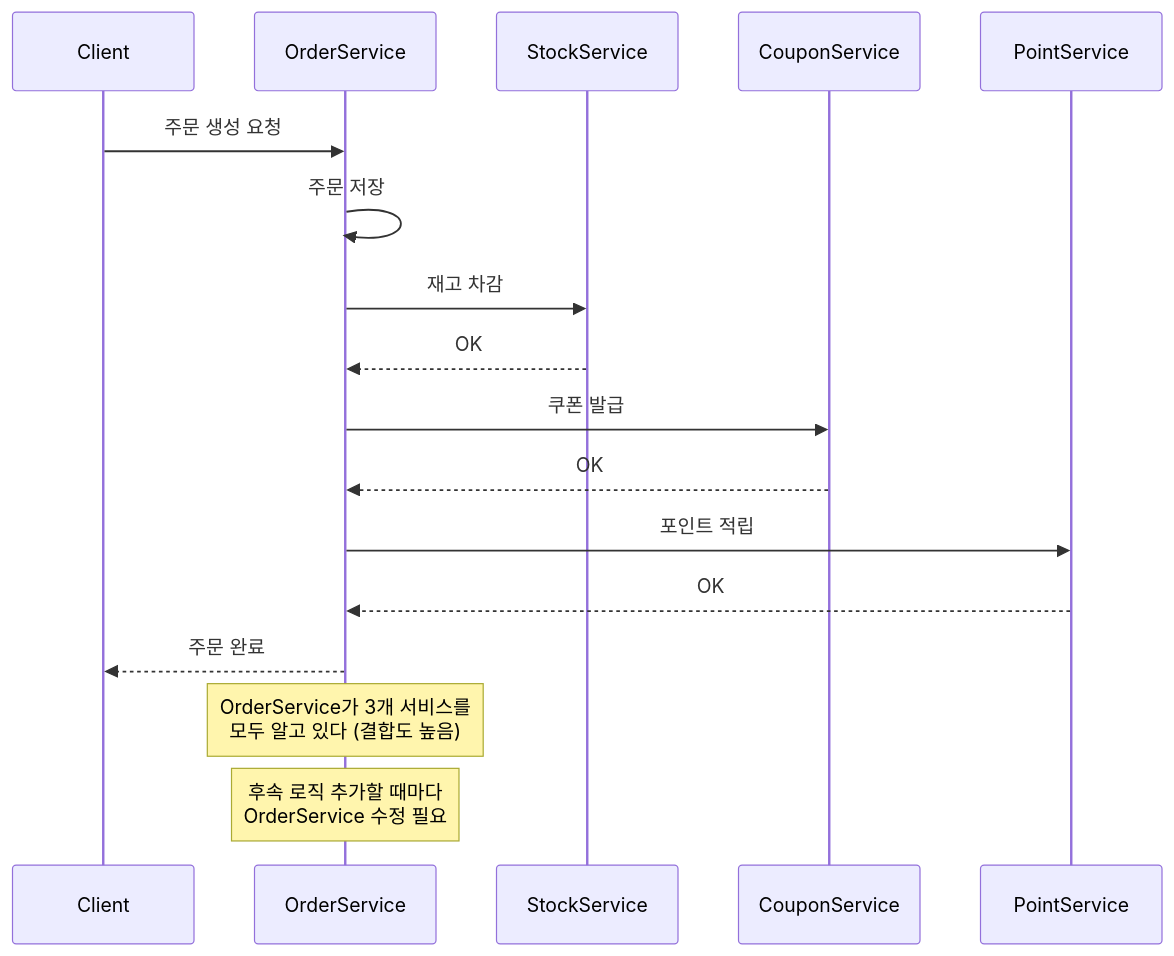
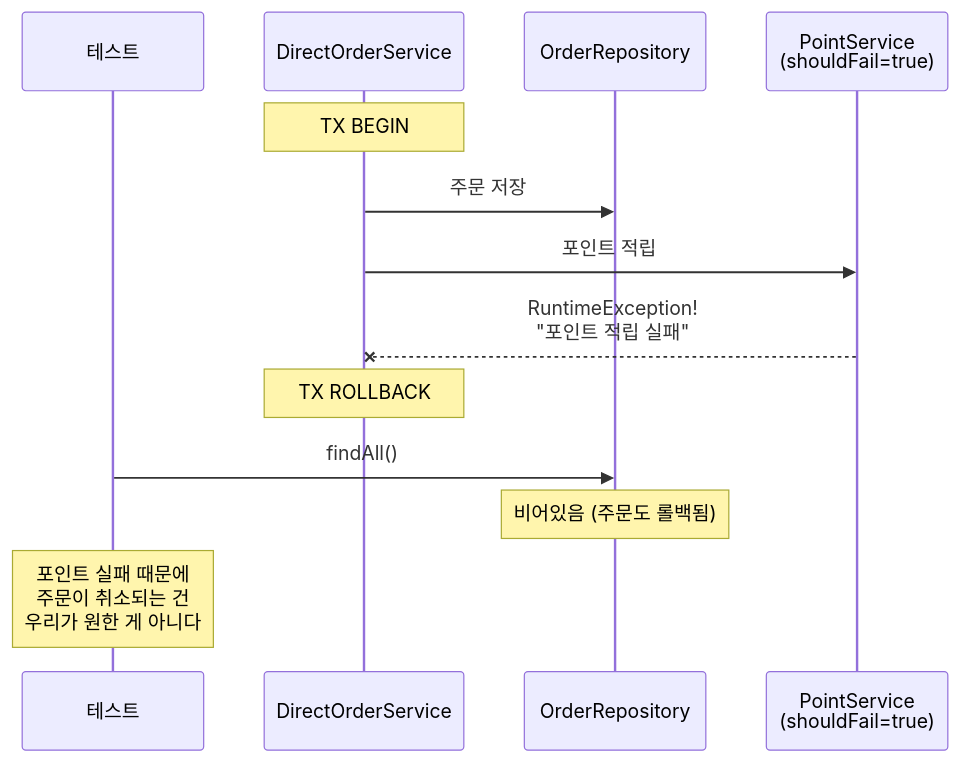
Before and after one commit to katiekim17/messaging-lab: the second of 8 diagrams in src/test/java/com/example/messaging/step1_application_event/README.md, drawn with Mermaid. The commit also changed other lines of this file and 6 other files, not shown here.

````diff
--- a/src/test/java/com/example/messaging/step1_application_event/README.md
+++ b/src/test/java/com/example/messaging/step1_application_event/README.md
@@ -19,25 +29,18 @@
 ```mermaid
 sequenceDiagram
-    participant Client
-    participant OrderService
-    participant StockService
-    participant CouponService
-    participant PointService
+    participant Test as 테스트
+    participant OS as DirectOrderService
+    participant DB as OrderRepository
+    participant PS as PointService<br/>(shouldFail=true)
 
-    Client->>OrderService: 주문 생성 요청
-    OrderService->>OrderService: 주문 저장
+    Note over OS: TX BEGIN
+    OS->>DB: 주문 저장
+    OS->>PS: 포인트 적립
+    PS--xOS: RuntimeException!<br/>"포인트 적립 실패"
+    Note over OS: TX ROLLBACK
 
-    OrderService->>StockService: 재고 차감
-    StockService-->>OrderService: OK
+    Test->>DB: findAll()
+    Note over DB: 비어있음 (주문도 롤백됨)
 
-    OrderService->>CouponService: 쿠폰 발급
-    CouponService-->>OrderService: OK
-
-    OrderService->>PointService: 포인트 적립
-    PointService-->>OrderService: OK
-
-    OrderService-->>Client: 주문 완료
-
-    Note over OrderService: OrderService가 3개 서비스를<br/>모두 알고 있다 (결합도 높음)
-    Note over OrderService: 후속 로직 추가할 때마다<br/>OrderService 수정 필요
+    Note over Test: 포인트 실패 때문에<br/>주문이 취소되는 건<br/>우리가 원한 게 아니다
 ```
````
